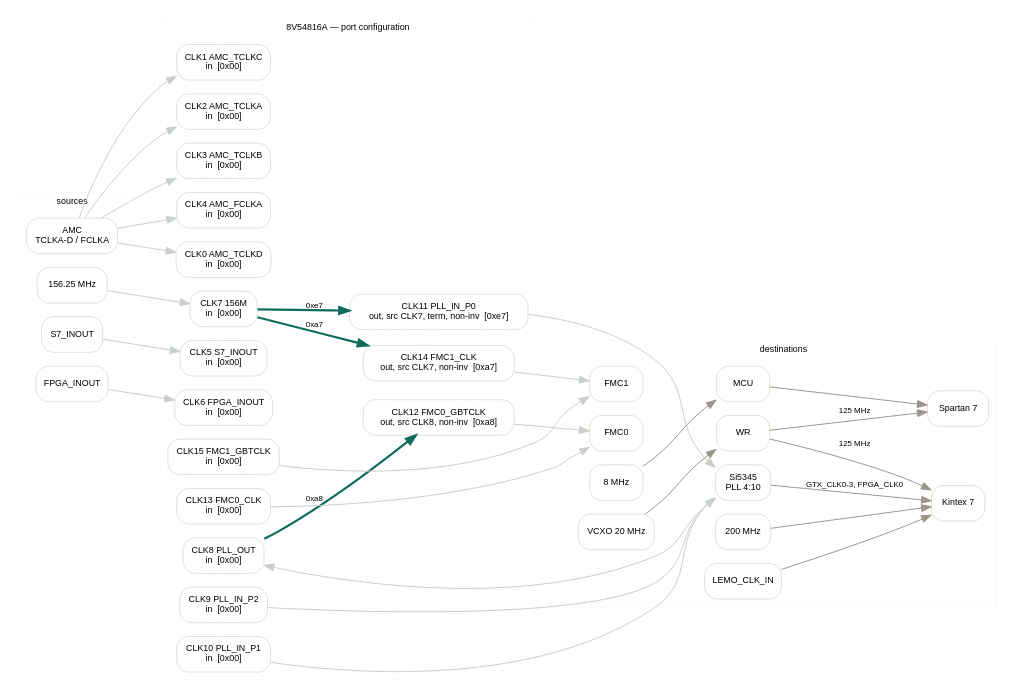
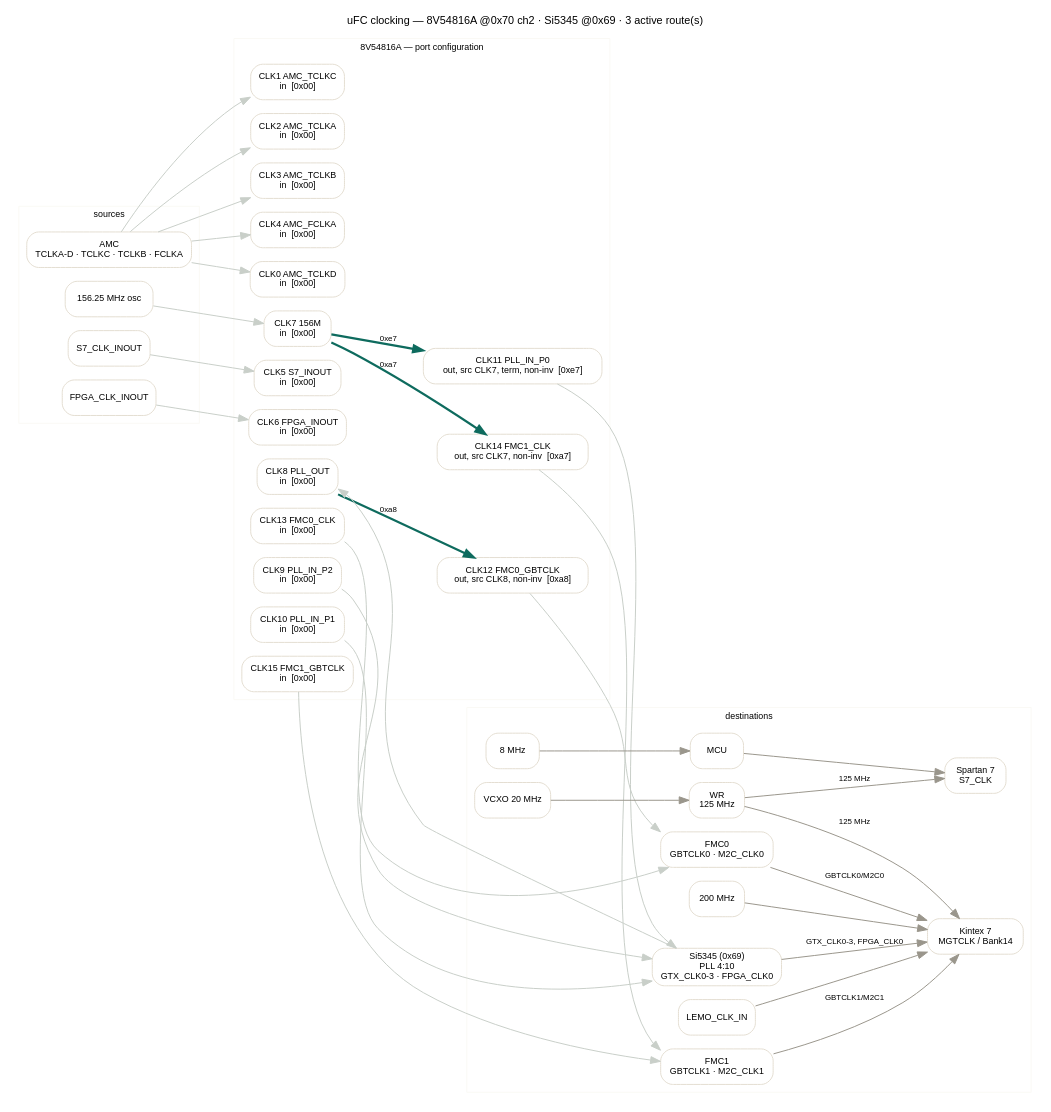
One commit to palzhj/openMMC_uFC changed the diagram in docs/clocking.dot. Above: the diagram before and after it, drawn with Graphviz. The commit also changed 5 other files, not shown here.

First line of the commit message:
tools/fru_gui: port-only clock tab, richer system diagram

```diff
--- a/docs/clocking.dot
+++ b/docs/clocking.dot
@@ -1,74 +1,86 @@
 digraph clocking {
   rankdir=LR;
-  graph [fontname="Helvetica", nodesep=0.2, ranksep=0.7, compound=true];
+  graph [fontname="Helvetica", nodesep=0.2, ranksep=0.7, compound=true,         label="uFC clocking — 8V54816A @0x70 ch2 · Si5345 @0x69 · 3 active route(s)",         labelloc="t", fontsize=11];
   node [shape=box, style="rounded,filled", fillcolor="#FFFFFF",
         color="#E4DED2", fontname="Helvetica", fontsize=9];
   edge [color="#9A968C", fontname="Helvetica", fontsize=8];
   subgraph cluster_src { label="sources"; fontsize=9; color="#FAF9F5";
     AMC [label="AMC
-TCLKA-D / FCLKA"]; OSC [label="156.25 MHz"];
-    S7IN [label="S7_INOUT"]; FPGAIN [label="FPGA_INOUT"]; }
+TCLKA-D · TCLKC · TCLKB · FCLKA"]; OSC [label="156.25 MHz osc"];
+    S7IN [label="S7_CLK_INOUT"]; FPGAIN [label="FPGA_CLK_INOUT"]; }
   subgraph cluster_mux { label="8V54816A — port configuration";
         fontsize=9; color="#FAF9F5";
     n0 [label="CLK0 AMC_TCLKD
 in  [0x00]"];
     n1 [label="CLK1 AMC_TCLKC
 in  [0x00]"];
     n2 [label="CLK2 AMC_TCLKA
 in  [0x00]"];
     n3 [label="CLK3 AMC_TCLKB
 in  [0x00]"];
     n4 [label="CLK4 AMC_FCLKA
 in  [0x00]"];
     n5 [label="CLK5 S7_INOUT
 in  [0x00]"];
     n6 [label="CLK6 FPGA_INOUT
 in  [0x00]"];
     n7 [label="CLK7 156M
 in  [0x00]"];
     n8 [label="CLK8 PLL_OUT
 in  [0x00]"];
     n9 [label="CLK9 PLL_IN_P2
 in  [0x00]"];
     n10 [label="CLK10 PLL_IN_P1
 in  [0x00]"];
     n11 [label="CLK11 PLL_IN_P0
 out, src CLK7, term, non-inv  [0xe7]"];
     n12 [label="CLK12 FMC0_GBTCLK
 out, src CLK8, non-inv  [0xa8]"];
     n13 [label="CLK13 FMC0_CLK
 in  [0x00]"];
     n14 [label="CLK14 FMC1_CLK
 out, src CLK7, non-inv  [0xa7]"];
     n15 [label="CLK15 FMC1_GBTCLK
 in  [0x00]"];
   }
   subgraph cluster_dst { label="destinations"; fontsize=9; color="#FAF9F5";
-    SI [label="Si5345
-PLL 4:10"]; FMC0 [label="FMC0"]; FMC1 [label="FMC1"];
-    S7 [label="Spartan 7"]; K7 [label="Kintex 7"]; WR [label="WR"];
+    SI [label="Si5345 (0x69)
+PLL 4:10
+GTX_CLK0-3 · FPGA_CLK0"];
+    FMC0 [label="FMC0
+GBTCLK0 · M2C_CLK0"];
+    FMC1 [label="FMC1
+GBTCLK1 · M2C_CLK1"];
+    S7 [label="Spartan 7
+S7_CLK"]; K7 [label="Kintex 7
+MGTCLK / Bank14"];
+    WR [label="WR
+125 MHz"];
     VCXO [label="VCXO 20 MHz"]; OSC8 [label="8 MHz"]; MCU [label="MCU"];
     OSC200 [label="200 MHz"]; LEMO [label="LEMO_CLK_IN"]; }
   AMC -> n0 [color="#C9CFC9"];
   AMC -> n1 [color="#C9CFC9"];
   AMC -> n2 [color="#C9CFC9"];
   AMC -> n3 [color="#C9CFC9"];
   AMC -> n4 [color="#C9CFC9"];
   S7IN -> n5 [color="#C9CFC9"];
   FPGAIN -> n6 [color="#C9CFC9"];
   OSC -> n7 [color="#C9CFC9"];
   SI -> n8 [color="#C9CFC9"];
   n9 -> SI [color="#C9CFC9"];
   n10 -> SI [color="#C9CFC9"];
   n11 -> SI [color="#C9CFC9"];
   n12 -> FMC0 [color="#C9CFC9"];
   n13 -> FMC0 [color="#C9CFC9"];
   n14 -> FMC1 [color="#C9CFC9"];
   n15 -> FMC1 [color="#C9CFC9"];
   SI -> K7 [label="GTX_CLK0-3, FPGA_CLK0"];
+  SI -> SI [style=invis];
+  FMC0 -> K7 [label="GBTCLK0/M2C0"];
+  FMC1 -> K7 [label="GBTCLK1/M2C1"];
   WR -> S7 [label="125 MHz"]; WR -> K7 [label="125 MHz"];
   VCXO -> WR; OSC8 -> MCU; MCU -> S7; OSC200 -> K7; LEMO -> K7;
   n7 -> n11 [label="0xe7", color="#0E6B5E", penwidth=2.2];
   n8 -> n12 [label="0xa8", color="#0E6B5E", penwidth=2.2];
   n7 -> n14 [label="0xa7", color="#0E6B5E", penwidth=2.2];
 }
```
